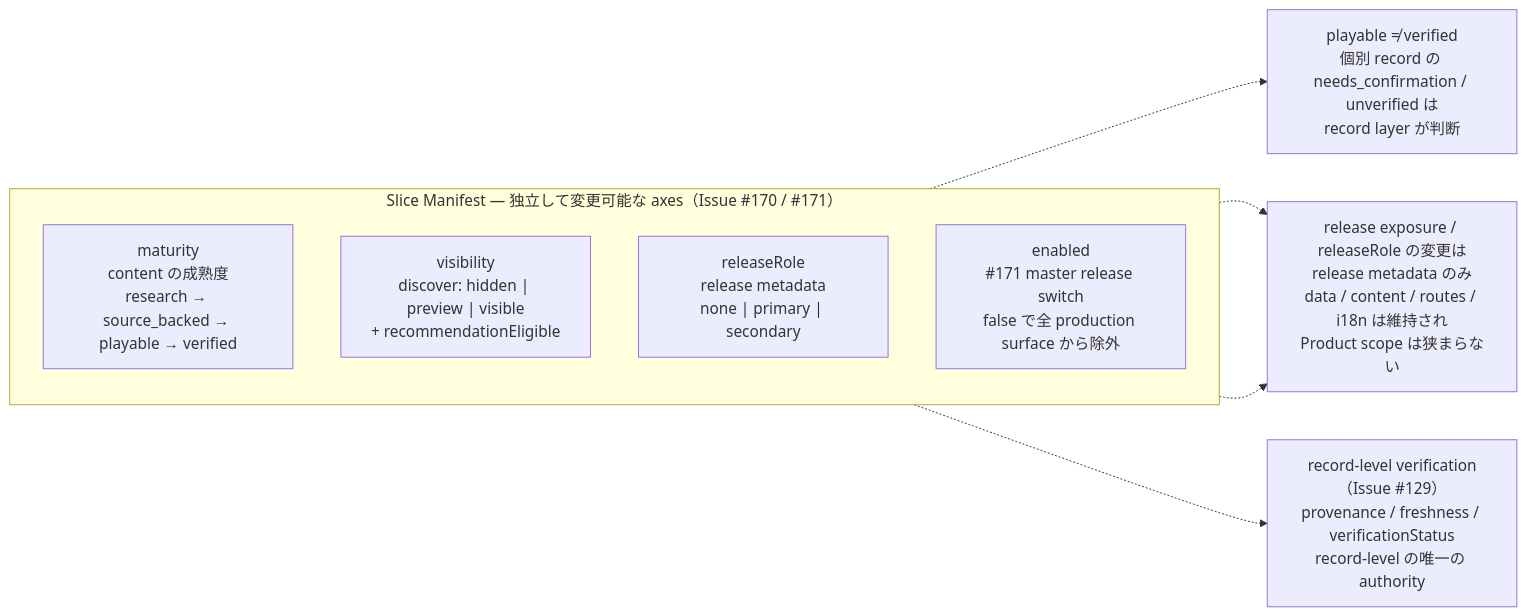
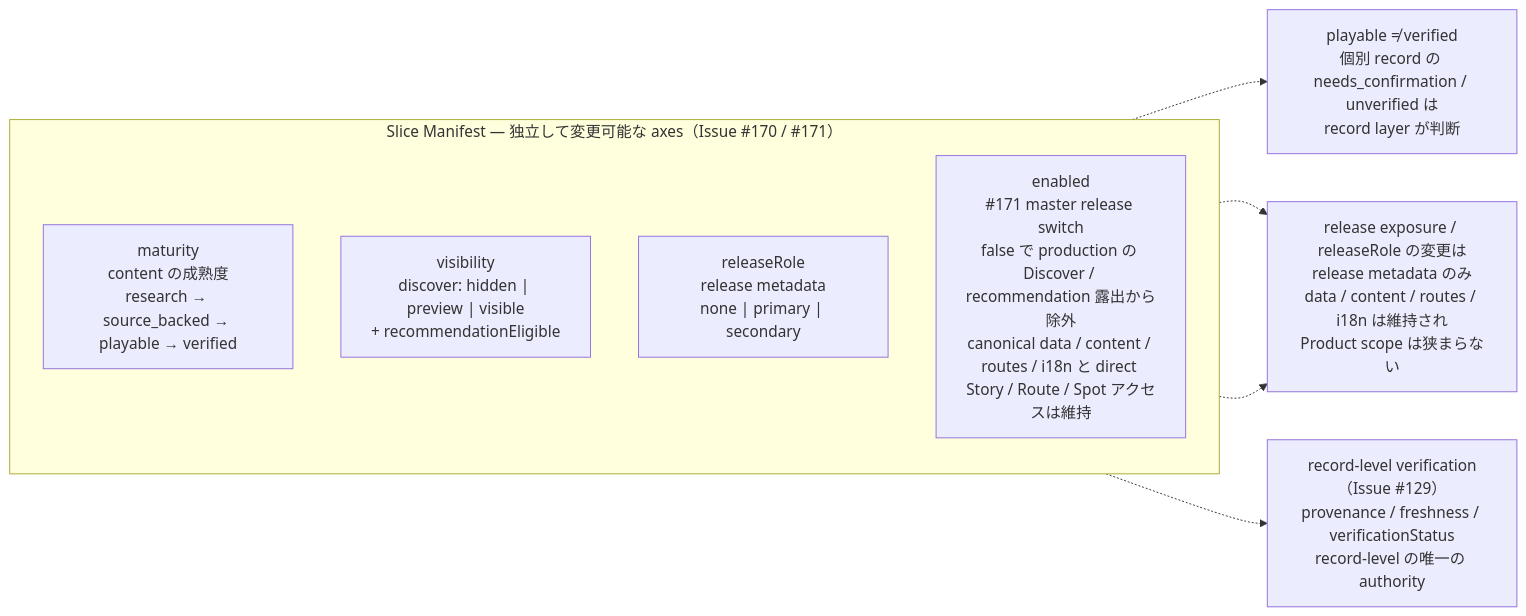
One commit to nurockplayer/tokyo-mogu-mogu changed the second of 2 diagrams in docs/diagrams/product-scope.md. Above: the diagram before and after it, drawn with Mermaid. The commit also changed other lines of this file and 3 other files, not shown here.

First line of the commit message:
docs(diagrams): address review findings for Issue #197

````diff
--- a/docs/diagrams/product-scope.md
+++ b/docs/diagrams/product-scope.md
@@ -44,18 +44,18 @@
 ```mermaid
 flowchart LR
     subgraph MAN["Slice Manifest — 独立して変更可能な axes（Issue #170 / #171）"]
         direction TB
         M["maturity<br/>content の成熟度<br/>research → source_backed → playable → verified"]
         V["visibility<br/>discover: hidden | preview | visible<br/>+ recommendationEligible"]
         R["releaseRole<br/>release metadata<br/>none | primary | secondary"]
-        E["enabled<br/>#171 master release switch<br/>false で全 production surface から除外"]
+        E["enabled<br/>#171 master release switch<br/>false で production の Discover / recommendation 露出から除外<br/>canonical data / content / routes / i18n と direct Story / Route / Spot アクセスは維持"]
     end
     VER["record-level verification（Issue #129）<br/>provenance / freshness / verificationStatus<br/>record-level の唯一の authority"]
     PNOTE["playable ≠ verified<br/>個別 record の needs_confirmation / unverified は<br/>record layer が判断"]
     RNOTE["release exposure / releaseRole の変更は<br/>release metadata のみ<br/>data / content / routes / i18n は維持され<br/>Product scope は狭まらない"]
 
     MAN -.-> VER
     M -.-> PNOTE
     V -.-> RNOTE
     R -.-> RNOTE
 ```
````
